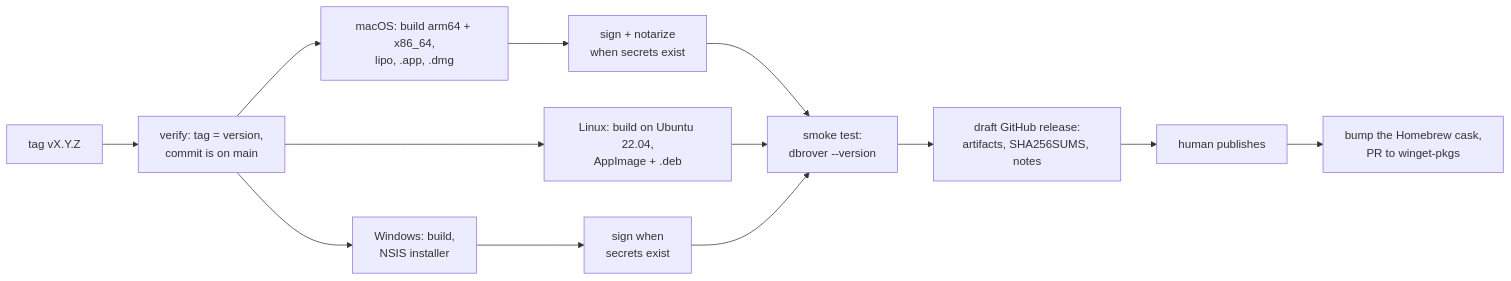
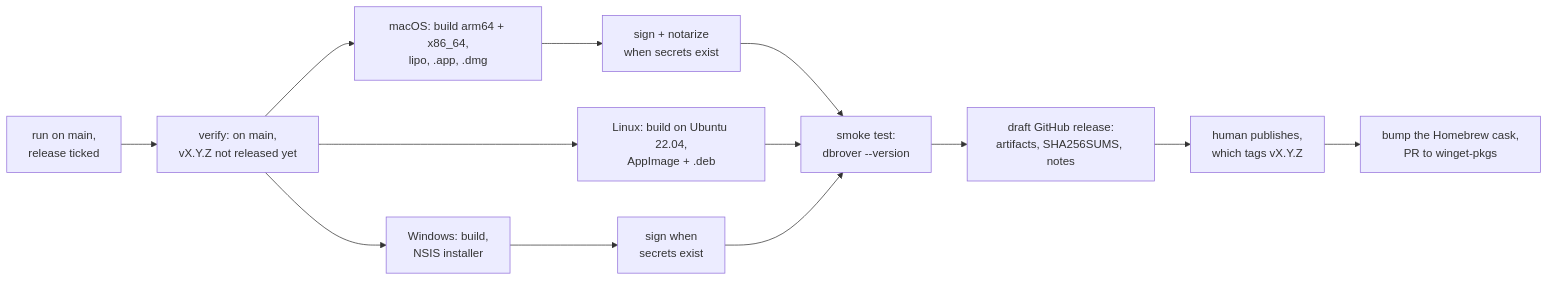
Before and after one commit to navasvarela/dbrover: the diagram in docs/releasing.md, drawn with Mermaid. The commit also changed other lines of this file and 1 other file, not shown here.

Commit message:
ci: run releases on main so they reuse the Rust cache (#433)

````diff
--- a/docs/releasing.md
+++ b/docs/releasing.md
@@ -56,15 +57,15 @@
 ```mermaid
 flowchart LR
-    T[tag vX.Y.Z] --> V[verify: tag = version,<br/>commit is on main]
+    T[run on main,<br/>release ticked] --> V[verify: on main,<br/>vX.Y.Z not released yet]
     V --> M[macOS: build arm64 + x86_64,<br/>lipo, .app, .dmg]
     V --> L[Linux: build on Ubuntu 22.04,<br/>AppImage + .deb]
     V --> W[Windows: build,<br/>NSIS installer]
     M --> S[sign + notarize<br/>when secrets exist]
     W --> S2[sign when<br/>secrets exist]
     S --> K[smoke test:<br/>dbrover --version]
     L --> K
     S2 --> K
     K --> R[draft GitHub release:<br/>artifacts, SHA256SUMS, notes]
-    R --> P[human publishes]
+    R --> P[human publishes,<br/>which tags vX.Y.Z]
     P --> H[bump the Homebrew cask,<br/>PR to winget-pkgs]
 ```
````
